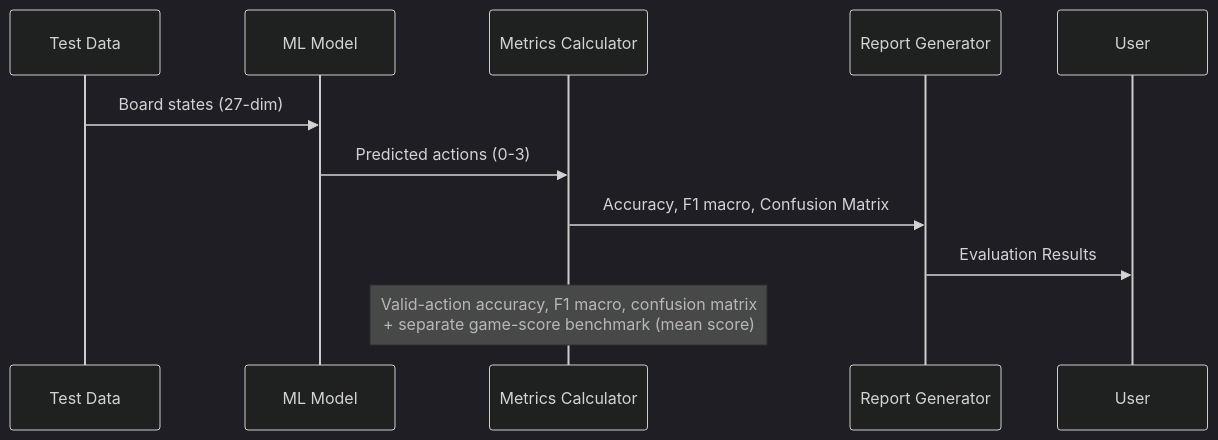
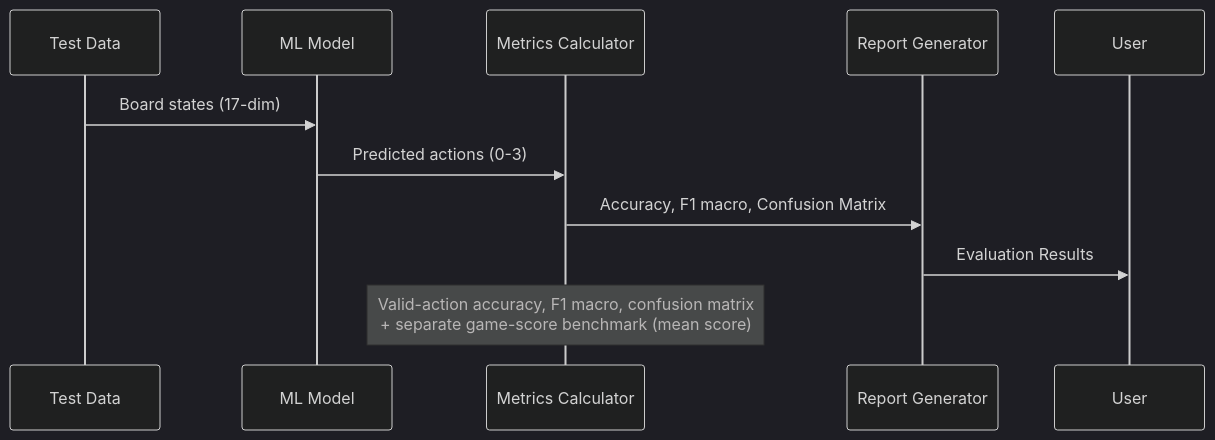
The seventh of 8 diagrams in plans/05-Model/04-Evaluation/01-model-evaluation.md (Evintkoo/2048-ml), drawn with Mermaid (dark theme) before and after one commit. The commit also changed other lines of this file and 198 other files, not shown here.

````diff
--- a/plans/05-Model/04-Evaluation/01-model-evaluation.md
+++ b/plans/05-Model/04-Evaluation/01-model-evaluation.md
@@ -148,14 +148,14 @@
 ```mermaid
 sequenceDiagram
     participant Test as Test Data
     participant Model as ML Model
     participant Metrics as Metrics Calculator
     participant Report as Report Generator
     
-    Test->>Model: Board states (27-dim)
+    Test->>Model: Board states (17-dim)
     Model->>Metrics: Predicted actions (0-3)
     Metrics->>Report: Accuracy, F1 macro, Confusion Matrix
     Report->>User: Evaluation Results
 
     Note over Metrics: Valid-action accuracy, F1 macro, confusion matrix<br/>+ separate game-score benchmark (mean score)
 ```
````
